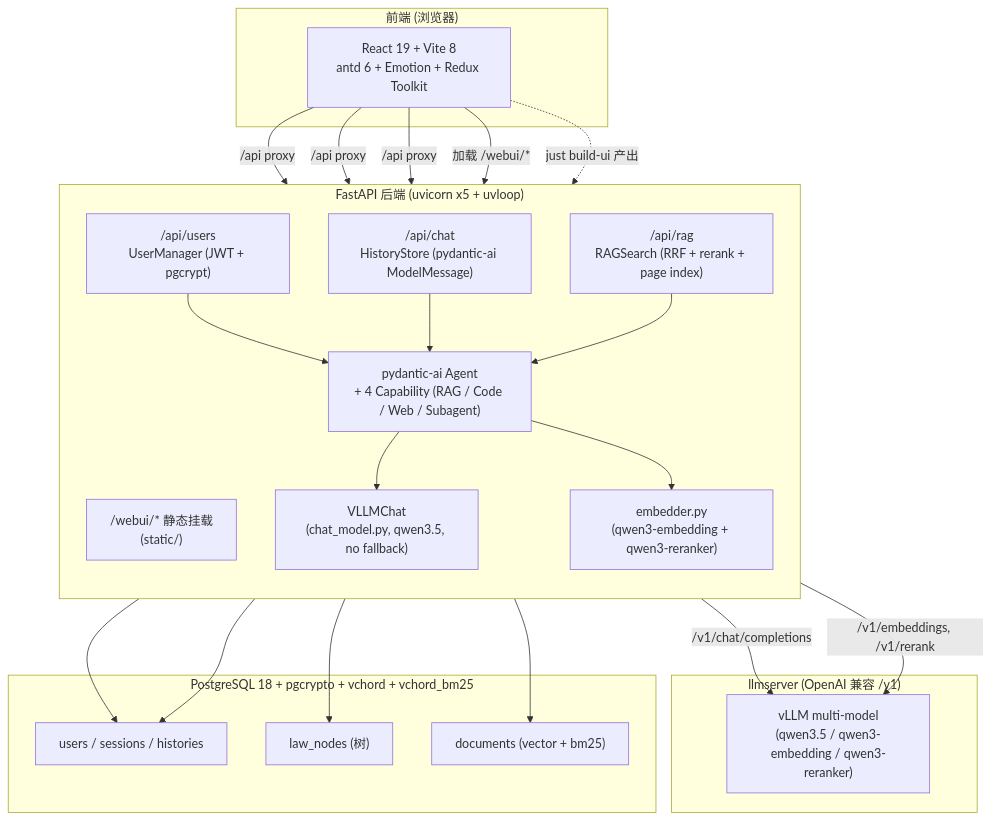
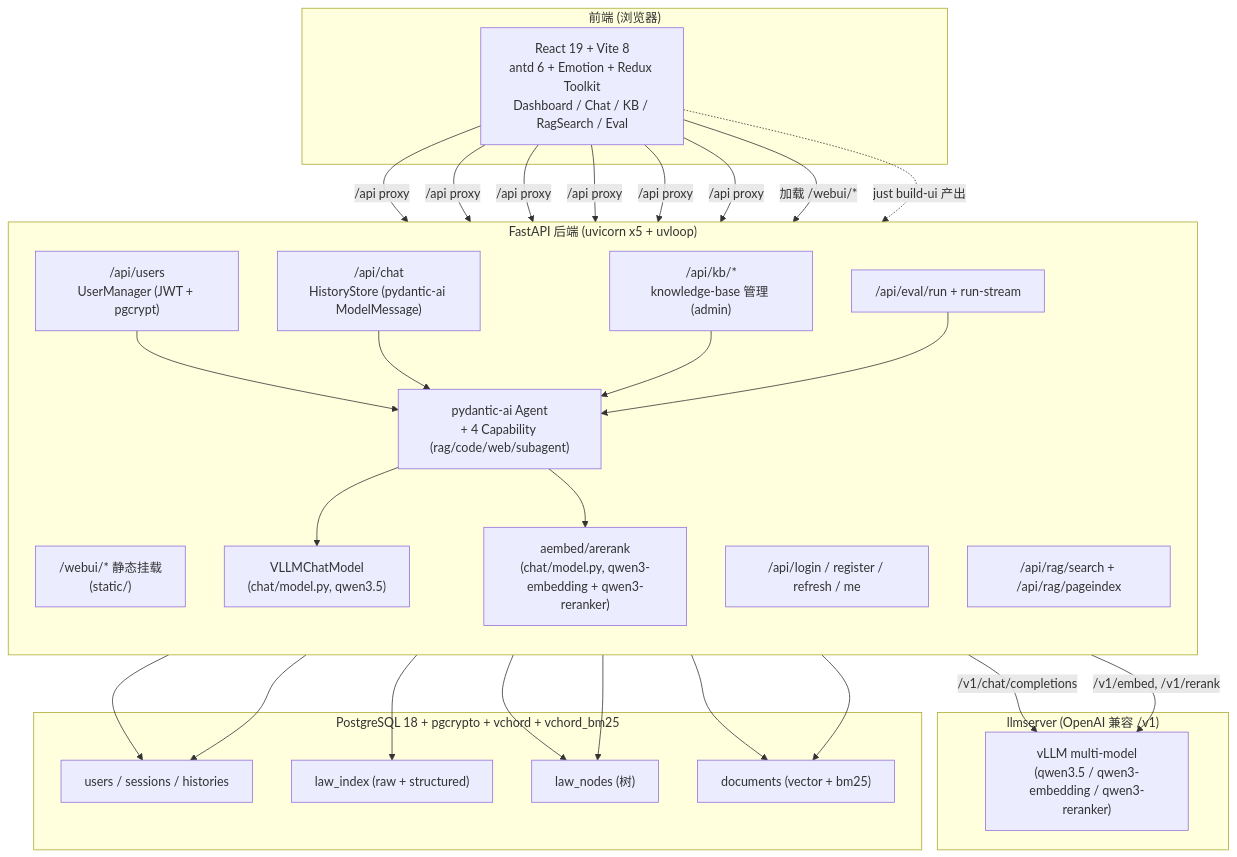
The diagram in README.md (zhcn000000/lawrag), drawn with Mermaid before and after one commit. The commit also changed other lines of this file and 7 other files, not shown here.

````diff
--- a/README.md
+++ b/README.md
@@ -210,48 +216,59 @@
 ```mermaid
 flowchart TB
     subgraph Frontend["前端 (浏览器)"]
-        UI["React 19 + Vite 8<br/>antd 6 + Emotion + Redux Toolkit"]
+        UI["React 19 + Vite 8<br/>antd 6 + Emotion + Redux Toolkit<br/>Dashboard / Chat / KB / RagSearch / Eval"]
     end
 
     subgraph Backend["FastAPI 后端 (uvicorn x5 + uvloop)"]
         direction TB
         Webui["/webui/* 静态挂载<br/>(static/)"]
         Users["/api/users<br/>UserManager (JWT + pgcrypt)"]
+        Auth["/api/login / register / refresh / me"]
         Chat["/api/chat<br/>HistoryStore (pydantic-ai ModelMessage)"]
-        Rag["/api/rag<br/>RAGSearch (RRF + rerank + page index)"]
-        Agent["pydantic-ai Agent<br/>+ 4 Capability (RAG / Code / Web / Subagent)"]
-        ChatClient["VLLMChat<br/>(chat_model.py, qwen3.5, no fallback)"]
-        EmbedClient["embedder.py<br/>(qwen3-embedding + qwen3-reranker)"]
+        Rag["/api/rag/search + /api/rag/pageindex"]
+        Kb["/api/kb/*<br/>knowledge-base 管理 (admin)"]
+        Eval["/api/eval/run + run-stream"]
+        Agent["pydantic-ai Agent<br/>+ 4 Capability (rag/code/web/subagent)"]
+        ChatClient["VLLMChatModel<br/>(chat/model.py, qwen3.5)"]
+        EmbedClient["aembed/arerank<br/>(chat/model.py, qwen3-embedding + qwen3-reranker)"]
     end
 
     subgraph LLM["llmserver (OpenAI 兼容 /v1)"]
         Vllm["vLLM multi-model<br/>(qwen3.5 / qwen3-embedding / qwen3-reranker)"]
     end
 
     subgraph DB["PostgreSQL 18 + pgcrypto + vchord + vchord_bm25"]
         US["users / sessions / histories"]
+        LI["law_index (raw + structured)"]
         LN["law_nodes (树)"]
         DC["documents (vector + bm25)"]
     end
 
     UI -->|"/api proxy"| Users
+    UI -->|"/api proxy"| Auth
     UI -->|"/api proxy"| Chat
     UI -->|"/api proxy"| Rag
+    UI -->|"/api proxy"| Kb
+    UI -->|"/api proxy"| Eval
     UI -->|"加载 /webui/*"| Webui
     UI -.->|"just build-ui 产出"| Webui
 
     Users --> Agent
     Chat --> Agent
-    Rag --> Agent
+    Kb --> Agent
+    Eval --> Agent
 
     Agent --> ChatClient
     Agent --> EmbedClient
 
     ChatClient -->|"/v1/chat/completions"| Vllm
-    EmbedClient -->|"/v1/embeddings, /v1/rerank"| Vllm
+    EmbedClient -->|"/v1/embed, /v1/rerank"| Vllm
 
     Users --> US
     Chat --> US
     Rag --> LN
     Rag --> DC
+    Kb --> LI
+    Kb --> LN
+    Kb --> DC
 ```
````
